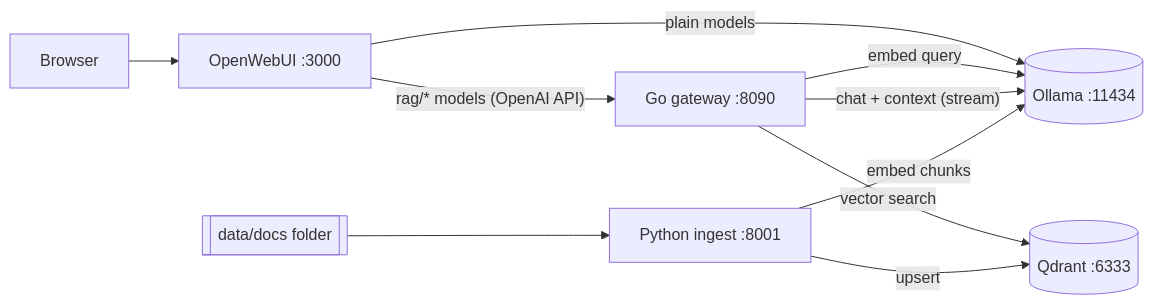
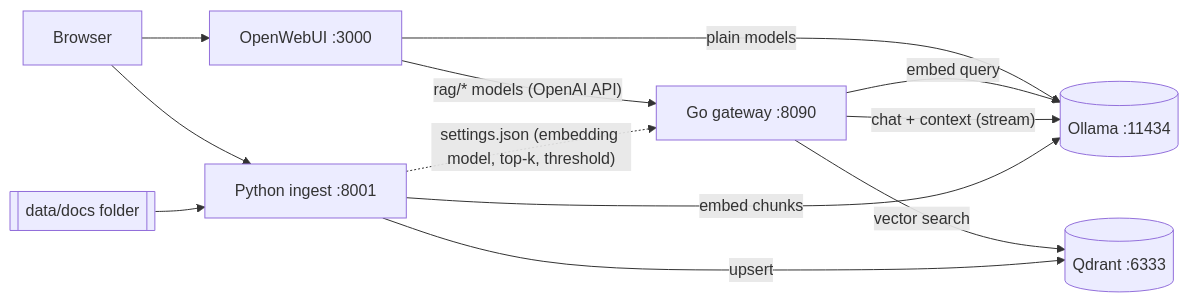
One commit to Seonwhee-Genome/sh-rag changed the diagram in README.md. Above: the diagram before and after it, drawn with Mermaid. The commit also changed other lines of this file and 20 other files, not shown here.

````diff
--- a/README.md
+++ b/README.md
@@ -11,12 +11,14 @@
 ```mermaid
 flowchart LR
   U[Browser] --> W[OpenWebUI :3000]
+  U --> I
   W -- "rag/* models (OpenAI API)" --> G[Go gateway :8090]
   W -- "plain models" --> O[(Ollama :11434)]
   G -- embed query --> O
   G -- vector search --> Q[(Qdrant :6333)]
   G -- "chat + context (stream)" --> O
   D[[data/docs folder]] --> I[Python ingest :8001]
   I -- embed chunks --> O
   I -- upsert --> Q
+  I -. "settings.json (embedding model, top-k, threshold)" .-> G
 ```
````
